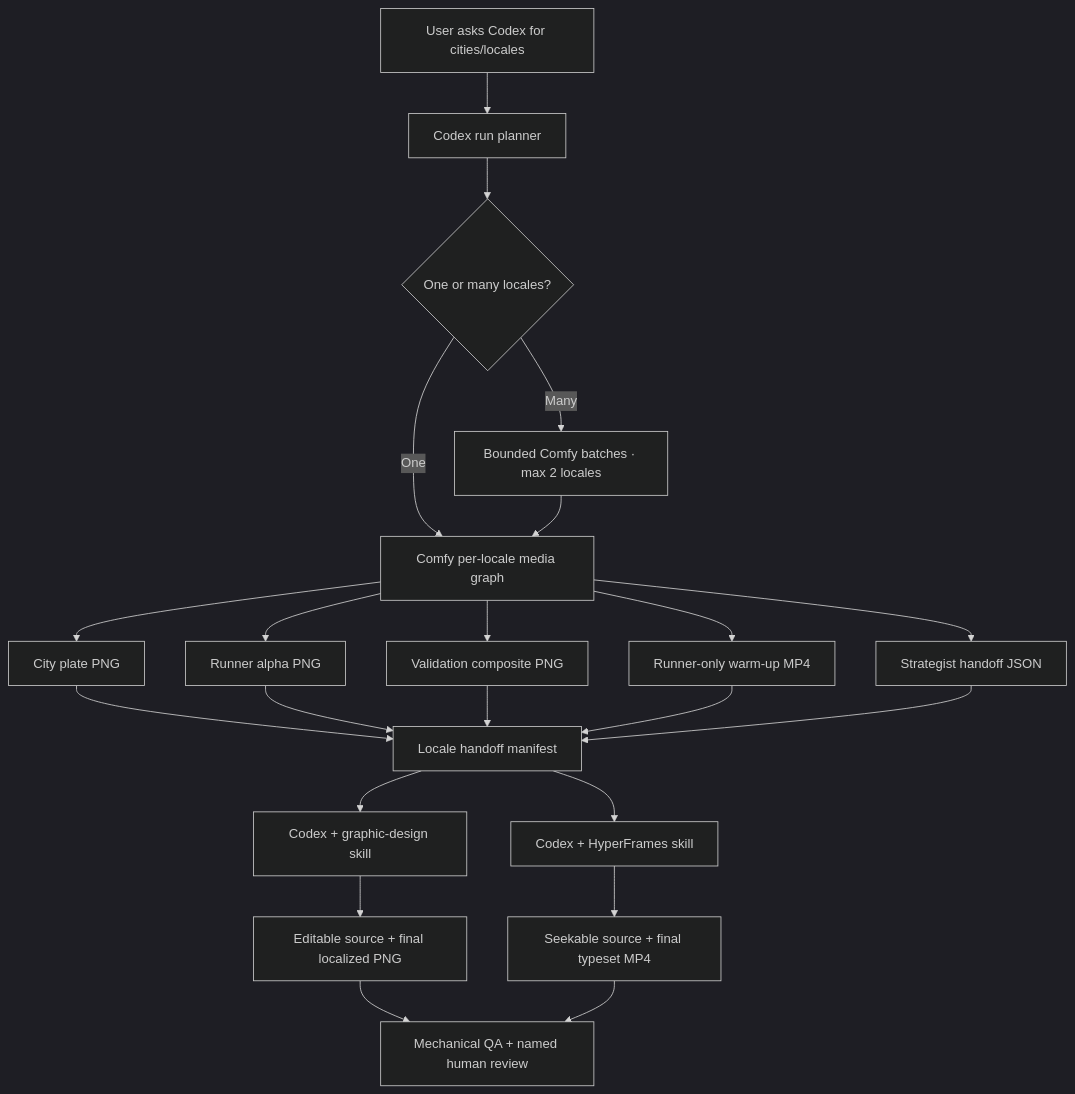
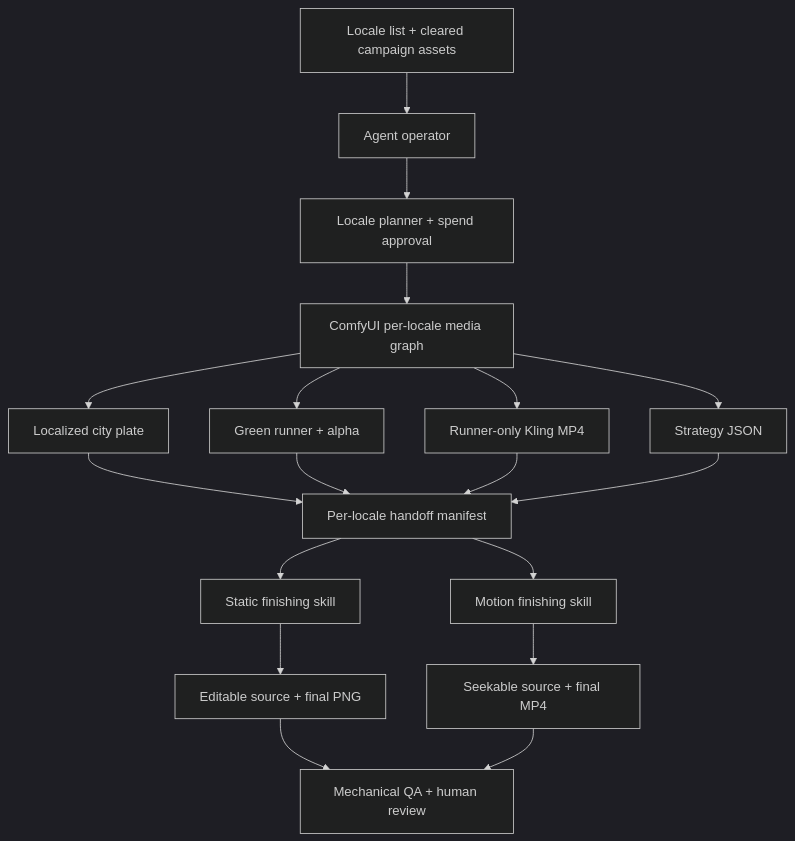
Before and after one commit to thenpceo/locale-flow-comfy-codex: the diagram in README.md, drawn with Mermaid (dark theme). The commit also changed other lines of this file and 27 other files, not shown here.

Commit message:
Package LocaleFlow for agent-operated production

````diff
--- a/README.md
+++ b/README.md
@@ -34,24 +31,20 @@
 ```mermaid
 flowchart TD
-    U["User asks Codex for cities/locales"] --> P["Codex run planner"]
-    P --> B{"One or many locales?"}
-    B -->|One| C["Comfy per-locale media graph"]
-    B -->|Many| CB["Bounded Comfy batches · max 2 locales"]
-    CB --> C
-    C --> S["City plate PNG"]
-    C --> A["Runner alpha PNG"]
-    C --> X["Validation composite PNG"]
-    C --> V["Runner-only warm-up MP4"]
-    C --> J["Strategist handoff JSON"]
-    S --> H["Locale handoff manifest"]
-    A --> H
-    X --> H
+    U["Locale list + cleared campaign assets"] --> O["Agent operator"]
+    O --> P["Locale planner + spend approval"]
+    P --> C["ComfyUI per-locale media graph"]
+    C --> S["Localized city plate"]
+    C --> R["Green runner + alpha"]
+    C --> V["Runner-only Kling MP4"]
+    C --> J["Strategy JSON"]
+    S --> H["Per-locale handoff manifest"]
+    R --> H
     V --> H
     J --> H
-    H --> G["Codex + graphic-design skill"]
-    H --> HF["Codex + HyperFrames skill"]
-    G --> PNG["Editable source + final localized PNG"]
-    HF --> MP4["Seekable source + final typeset MP4"]
-    PNG --> Q["Mechanical QA + named human review"]
+    H --> G["Static finishing skill"]
+    H --> M["Motion finishing skill"]
+    G --> PNG["Editable source + final PNG"]
+    M --> MP4["Seekable source + final MP4"]
+    PNG --> Q["Mechanical QA + human review"]
     MP4 --> Q
 ```
````
